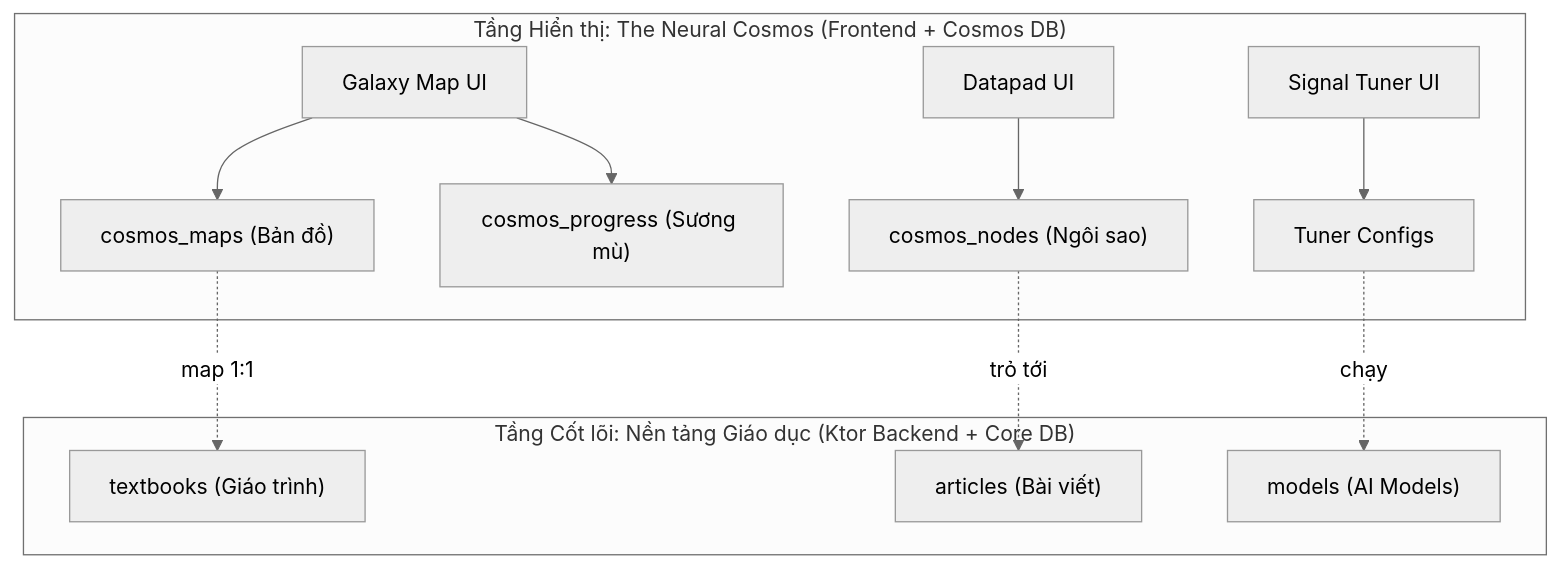
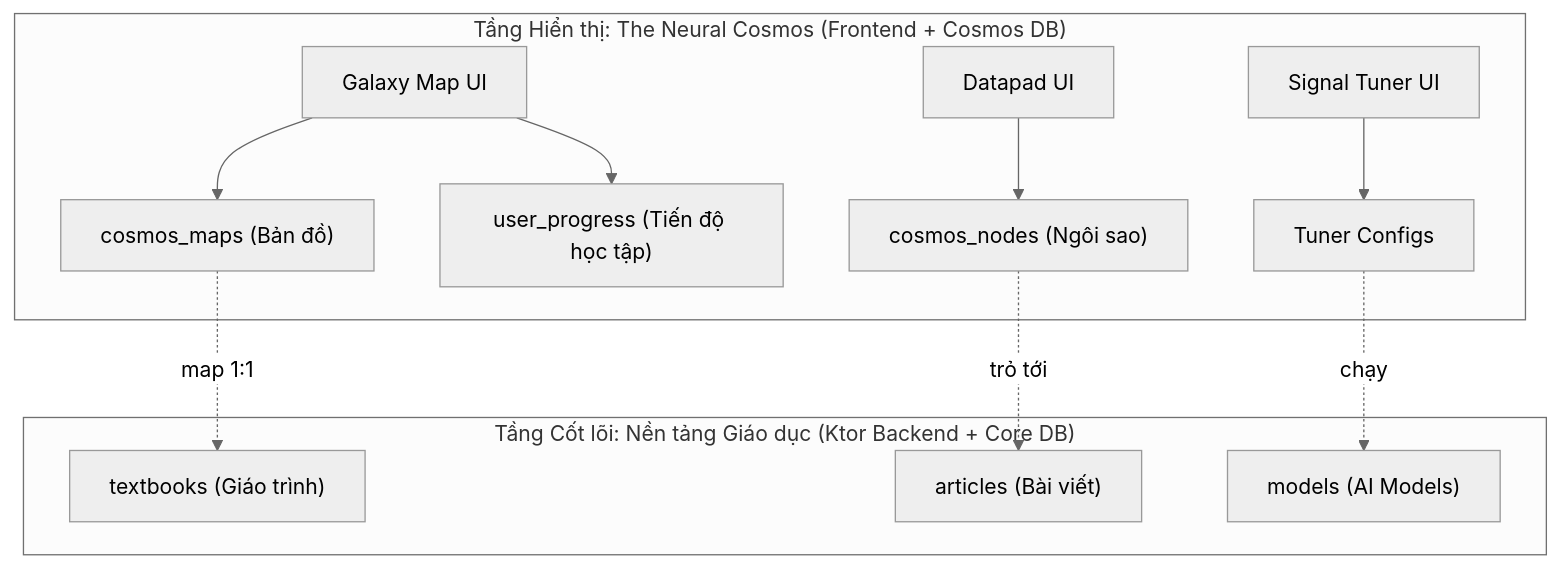
Before and after one commit to iAmHieu2012/Sequoia: the diagram in docs/requirements/prd.md, drawn with Mermaid (neutral theme). The commit also changed 9 other files, not shown here.

First line of the commit message:
refactor(core): rename CosmosProgress model to UserProgress

````diff
--- a/docs/requirements/prd.md
+++ b/docs/requirements/prd.md
@@ -19,15 +19,15 @@
 ```mermaid
 graph TD
     subgraph "Tầng Hiển thị: The Neural Cosmos (Frontend + Cosmos DB)"
         A["Galaxy Map UI"] --> B["cosmos_maps (Bản đồ)"]
-        A --> C["cosmos_progress (Sương mù)"]
+        A --> C["user_progress (Tiến độ học tập)"]
         D["Datapad UI"] --> E["cosmos_nodes (Ngôi sao)"]
         F["Signal Tuner UI"] --> G["Tuner Configs"]
     end
 
     subgraph "Tầng Cốt lõi: Nền tảng Giáo dục (Ktor Backend + Core DB)"
         B -. "map 1:1" .-> H["textbooks (Giáo trình)"]
         E -. "trỏ tới" .-> I["articles (Bài viết)"]
         G -. "chạy" .-> J["models (AI Models)"]
     end
 ```
````
